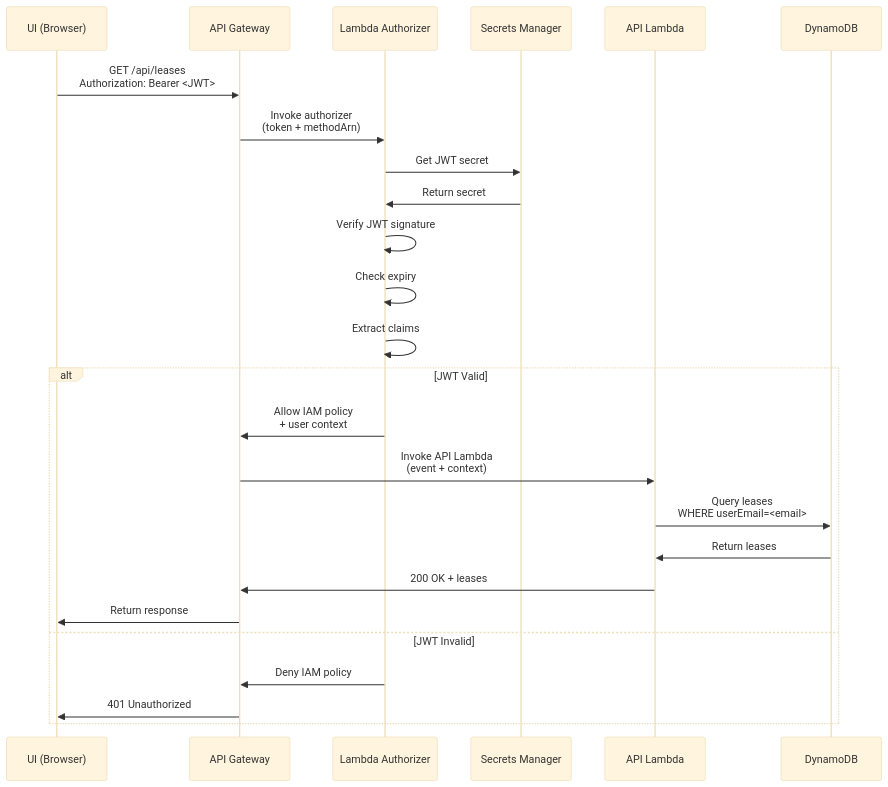
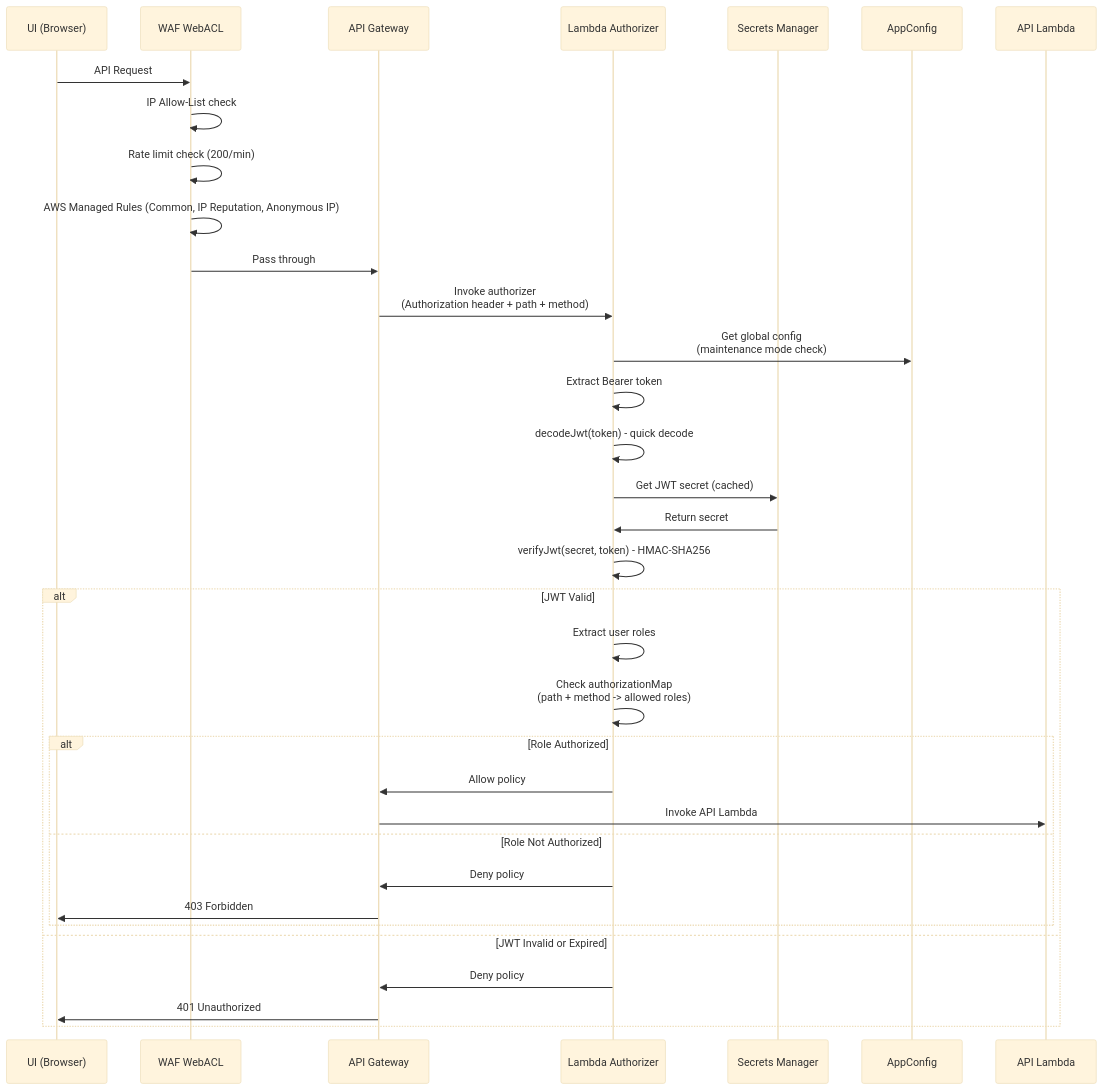
Before and after one commit to co-cddo/ndx-try-arch: the fourth of 4 diagrams in docs/60-auth-architecture.md, drawn with Mermaid (base theme). The commit also changed other lines of this file and 41 other files, not shown here.

First line of the commit message:
docs: update NDX architecture documentation (#9)

````diff
--- a/docs/60-auth-architecture.md
+++ b/docs/60-auth-architecture.md
@@ -296,31 +266,40 @@
 ```mermaid
 sequenceDiagram
     participant UI as UI (Browser)
+    participant WAF as WAF WebACL
     participant APIGW as API Gateway
     participant Auth as Lambda Authorizer
     participant Secrets as Secrets Manager
+    participant Config as AppConfig
     participant API as API Lambda
-    participant DDB as DynamoDB
 
-    UI->>APIGW: GET /api/leases<br/>Authorization: Bearer <JWT>
+    UI->>WAF: API Request
+    WAF->>WAF: IP Allow-List check
+    WAF->>WAF: Rate limit check (200/min)
+    WAF->>WAF: AWS Managed Rules (Common, IP Reputation, Anonymous IP)
+    WAF->>APIGW: Pass through
 
-    APIGW->>Auth: Invoke authorizer<br/>(token + methodArn)
-    Auth->>Secrets: Get JWT secret
+    APIGW->>Auth: Invoke authorizer<br/>(Authorization header + path + method)
+
+    Auth->>Config: Get global config<br/>(maintenance mode check)
+    Auth->>Auth: Extract Bearer token
+    Auth->>Auth: decodeJwt(token) - quick decode
+    Auth->>Secrets: Get JWT secret (cached)
     Secrets->>Auth: Return secret
-
-    Auth->>Auth: Verify JWT signature
-    Auth->>Auth: Check expiry
-    Auth->>Auth: Extract claims
+    Auth->>Auth: verifyJwt(secret, token) - HMAC-SHA256
 
     alt JWT Valid
-        Auth->>APIGW: Allow IAM policy<br/>+ user context
-        APIGW->>API: Invoke API Lambda<br/>(event + context)
-        API->>DDB: Query leases<br/>WHERE userEmail=<email>
-        DDB->>API: Return leases
-        API->>APIGW: 200 OK + leases
-        APIGW->>UI: Return response
-    else JWT Invalid
-        Auth->>APIGW: Deny IAM policy
+        Auth->>Auth: Extract user roles
+        Auth->>Auth: Check authorizationMap<br/>(path + method -> allowed roles)
+        alt Role Authorized
+            Auth->>APIGW: Allow policy
+            APIGW->>API: Invoke API Lambda
+        else Role Not Authorized
+            Auth->>APIGW: Deny policy
+            APIGW->>UI: 403 Forbidden
+        end
+    else JWT Invalid or Expired
+        Auth->>APIGW: Deny policy
         APIGW->>UI: 401 Unauthorized
     end
 ```
````
